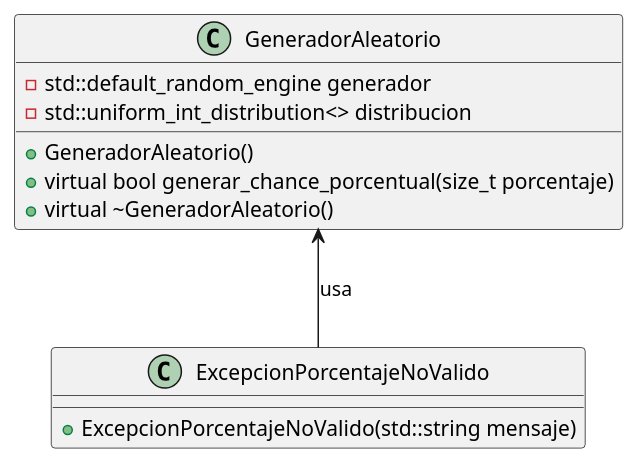
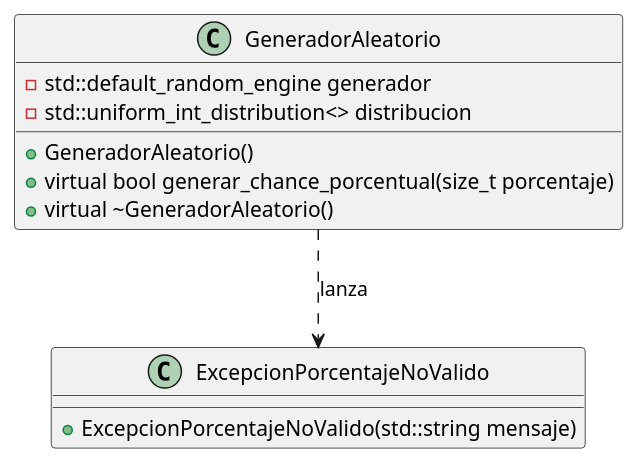
One commit to guillsil/Transformers-Game changed the diagram in Diagramas-UML/GeneradorAleatorio.puml. Above: the diagram before and after it, drawn with PlantUML. The commit also changed 3 other files, not shown here.

Commit message:
adds: Agrego los nuevos uml restantes

```diff
--- a/Diagramas-UML/GeneradorAleatorio.puml
+++ b/Diagramas-UML/GeneradorAleatorio.puml
@@ -1,19 +1,20 @@
 @startuml
 'https://plantuml.com/class-diagram
 class GeneradorAleatorio {
     - std::default_random_engine generador
     - std::uniform_int_distribution<> distribucion
 
     + GeneradorAleatorio()
     + virtual bool generar_chance_porcentual(size_t porcentaje)
     + virtual ~GeneradorAleatorio()
 }
 
 class ExcepcionPorcentajeNoValido {
     + ExcepcionPorcentajeNoValido(std::string mensaje)
 }
 
 ' Relaciones
-GeneradorAleatorio <-- ExcepcionPorcentajeNoValido : "usa"
+GeneradorAleatorio ..> ExcepcionPorcentajeNoValido : "lanza"
+
 
 @enduml
```
